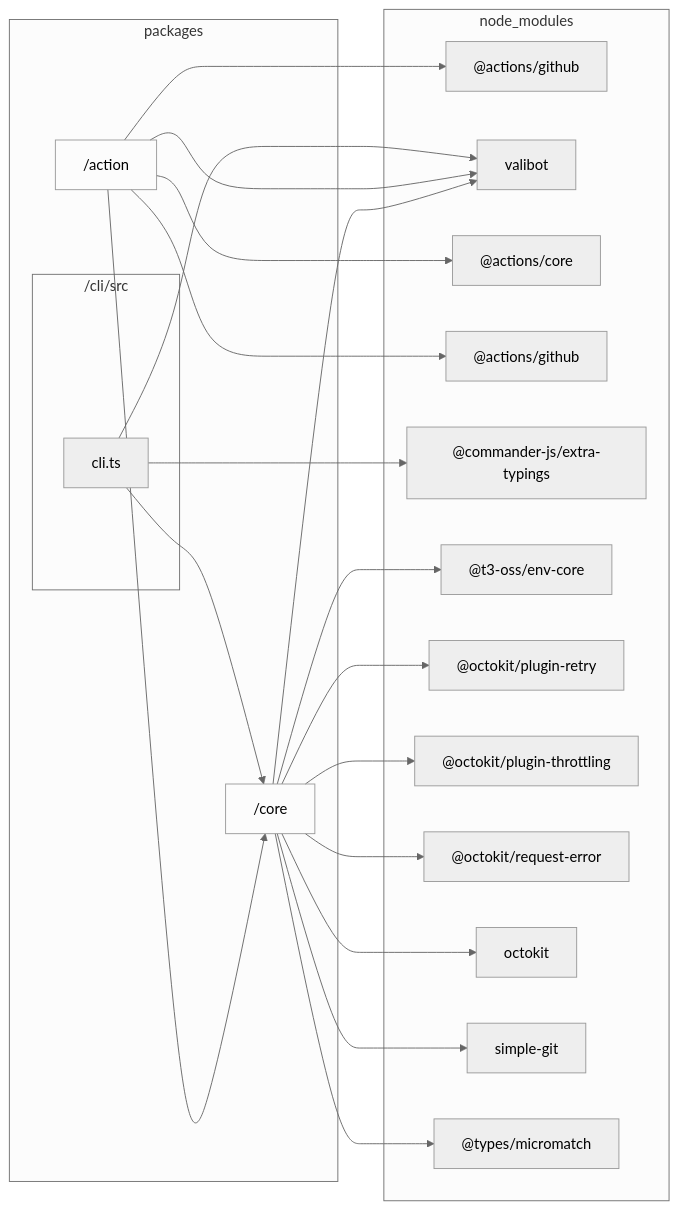
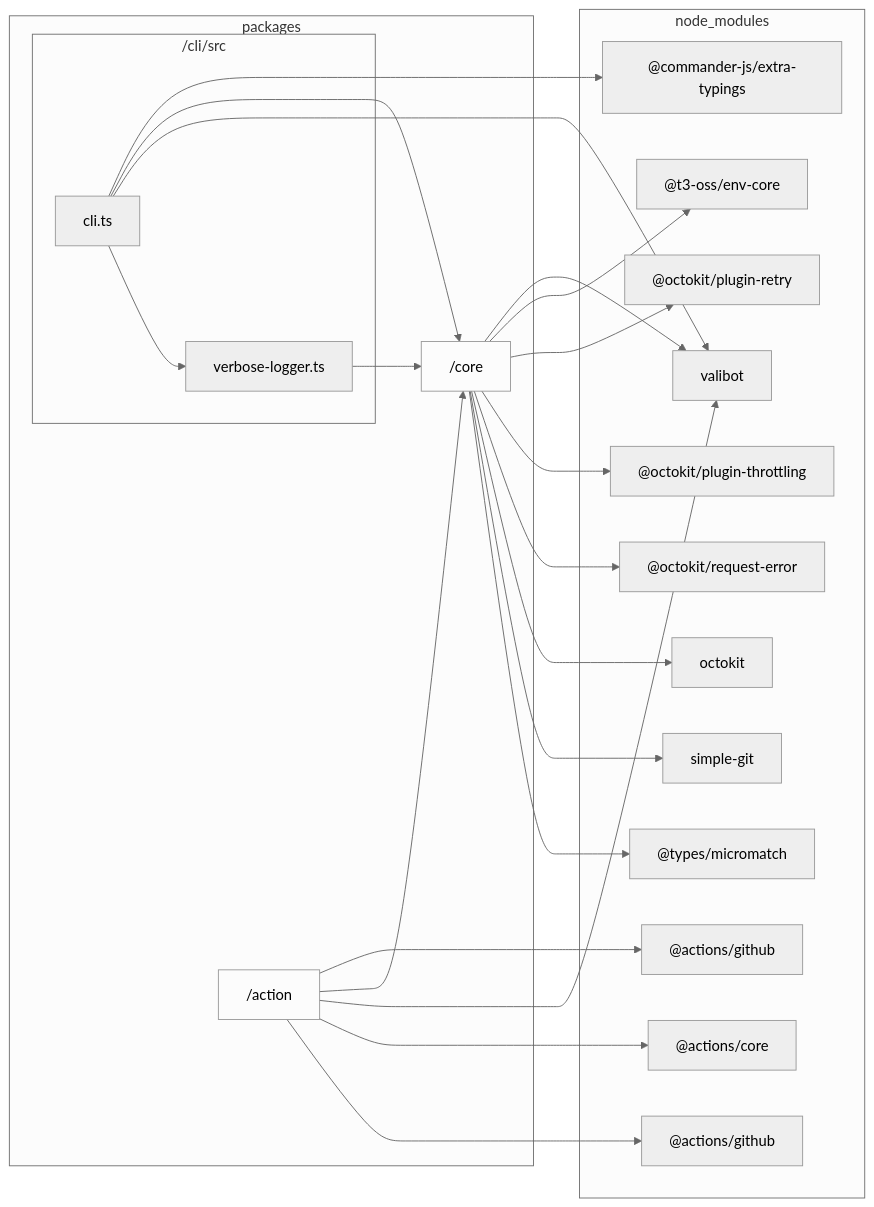
The diagram in docs/reports/dependencies/cli.md (sugurutakahashi-1234/issue-linker), drawn with Mermaid (neutral theme) before and after one commit. The commit also changed 9 other files, not shown here.

````diff
--- a/docs/reports/dependencies/cli.md
+++ b/docs/reports/dependencies/cli.md
@@ -7,41 +7,44 @@
 ```mermaid
 flowchart LR
     classDef dir fill:#0000,stroke:#999
     subgraph packages["packages"]
         packages/action["/action"]:::dir
         packages/core["/core"]:::dir
         subgraph packages/cli/src["/cli/src"]
+            packages/cli/src/verbose//logger.ts["verbose-logger.ts"]
             packages/cli/src/cli.ts["cli.ts"]
         end
     end
     subgraph node//modules["node_modules"]
         node//modules///actions/github/lib/context.d.ts["@actions/github"]
         node//modules/valibot/dist/index.d.cts["valibot"]
         node//modules///actions/core/lib/core.d.ts["@actions/core"]
         node//modules///actions/github/lib/github.d.ts["@actions/github"]
         node//modules///commander//js/extra//typings/index.d.ts["@commander-js/extra-typings"]
         node//modules///t3//oss/env//core/dist/index.d.ts["@t3-oss/env-core"]
         node//modules///octokit/plugin//retry/dist//types/index.d.ts["@octokit/plugin-retry"]
         node//modules///octokit/plugin//throttling/dist//types/index.d.ts["@octokit/plugin-throttling"]
         node//modules///octokit/request//error/dist//types/index.d.ts["@octokit/request-error"]
         node//modules/octokit/dist//types/index.d.ts["octokit"]
         node//modules/simple//git/dist/typings/index.d.ts["simple-git"]
         node//modules///types/micromatch/index.d.ts["@types/micromatch"]
     end
     packages/action-->node//modules///actions/github/lib/context.d.ts
     packages/core-->node//modules/valibot/dist/index.d.cts
     packages/action-->packages/core
     packages/action-->node//modules/valibot/dist/index.d.cts
     packages/action-->node//modules///actions/core/lib/core.d.ts
     packages/action-->node//modules///actions/github/lib/github.d.ts
+    packages/cli/src/verbose//logger.ts-->packages/core
     packages/cli/src/cli.ts-->node//modules///commander//js/extra//typings/index.d.ts
     packages/cli/src/cli.ts-->packages/core
     packages/cli/src/cli.ts-->node//modules/valibot/dist/index.d.cts
+    packages/cli/src/cli.ts-->packages/cli/src/verbose//logger.ts
     packages/core-->node//modules///t3//oss/env//core/dist/index.d.ts
     packages/core-->node//modules///octokit/plugin//retry/dist//types/index.d.ts
     packages/core-->node//modules///octokit/plugin//throttling/dist//types/index.d.ts
     packages/core-->node//modules///octokit/request//error/dist//types/index.d.ts
     packages/core-->node//modules/octokit/dist//types/index.d.ts
     packages/core-->node//modules/simple//git/dist/typings/index.d.ts
     packages/core-->node//modules///types/micromatch/index.d.ts
 ```
````
